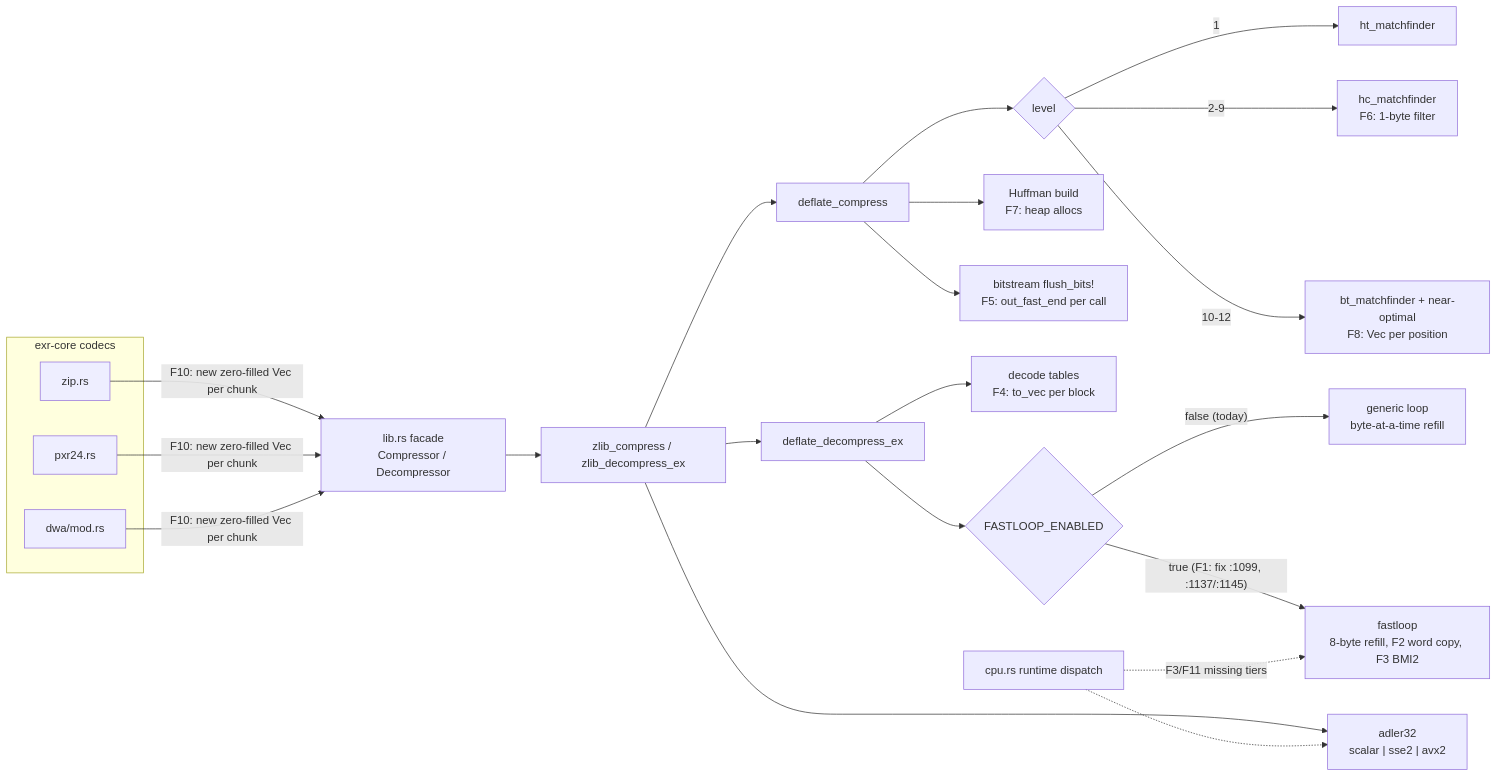
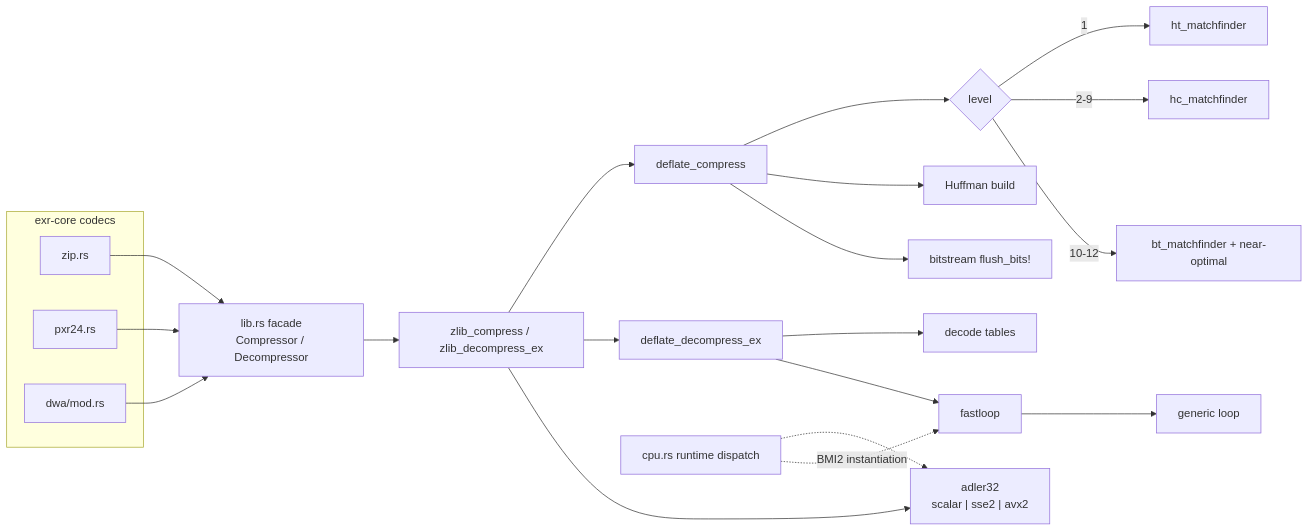
The ninth of 9 diagrams in docs/DIAGRAMS.md (ssoj13/exr-rs), drawn with Mermaid before and after one commit. The commit also changed other lines of this file and 211 other files, not shown here.

````diff
--- a/docs/DIAGRAMS.md
+++ b/docs/DIAGRAMS.md
@@ -176,26 +173,25 @@
 ```mermaid
 flowchart LR
     subgraph exrcore["exr-core codecs"]
         ZIP["zip.rs"]:::codec
         PXR["pxr24.rs"]:::codec
         DWA["dwa/mod.rs"]:::codec
     end
-    ZIP & PXR & DWA -->|"F10: new zero-filled Vec per chunk"| API["lib.rs facade<br/>Compressor / Decompressor"]
+    ZIP & PXR & DWA --> API["lib.rs facade<br/>Compressor / Decompressor"]
     API --> ZC["zlib_compress / zlib_decompress_ex"]
     ZC --> DC["deflate_compress"]
     ZC --> DD["deflate_decompress_ex"]
     ZC --> AD["adler32<br/>scalar | sse2 | avx2"]
     DC --> MF{"level"}
     MF -->|1| HT["ht_matchfinder"]
-    MF -->|2-9| HC["hc_matchfinder<br/>F6: 1-byte filter"]
-    MF -->|10-12| BT["bt_matchfinder + near-optimal<br/>F8: Vec per position"]
-    DC --> HUF["Huffman build<br/>F7: heap allocs"]
-    DC --> BS["bitstream flush_bits!<br/>F5: out_fast_end per call"]
-    DD --> TB["decode tables<br/>F4: to_vec per block"]
-    DD --> FL{"FASTLOOP_ENABLED"}
-    FL -->|"false (today)"| GL["generic loop<br/>byte-at-a-time refill"]
-    FL -->|"true (F1: fix :1099, :1137/:1145)"| FST["fastloop<br/>8-byte refill, F2 word copy, F3 BMI2"]
+    MF -->|2-9| HC["hc_matchfinder"]
+    MF -->|10-12| BT["bt_matchfinder + near-optimal"]
+    DC --> HUF["Huffman build"]
+    DC --> BS["bitstream flush_bits!"]
+    DD --> TB["decode tables"]
+    DD --> FST["fastloop"]
+    FST --> GL["generic loop"]
     CPU["cpu.rs runtime dispatch"] -.-> AD
-    CPU -.->|"F3/F11 missing tiers"| FST
+    CPU -.->|"BMI2 instantiation"| FST
     classDef codec fill:#eef
 ```
````
